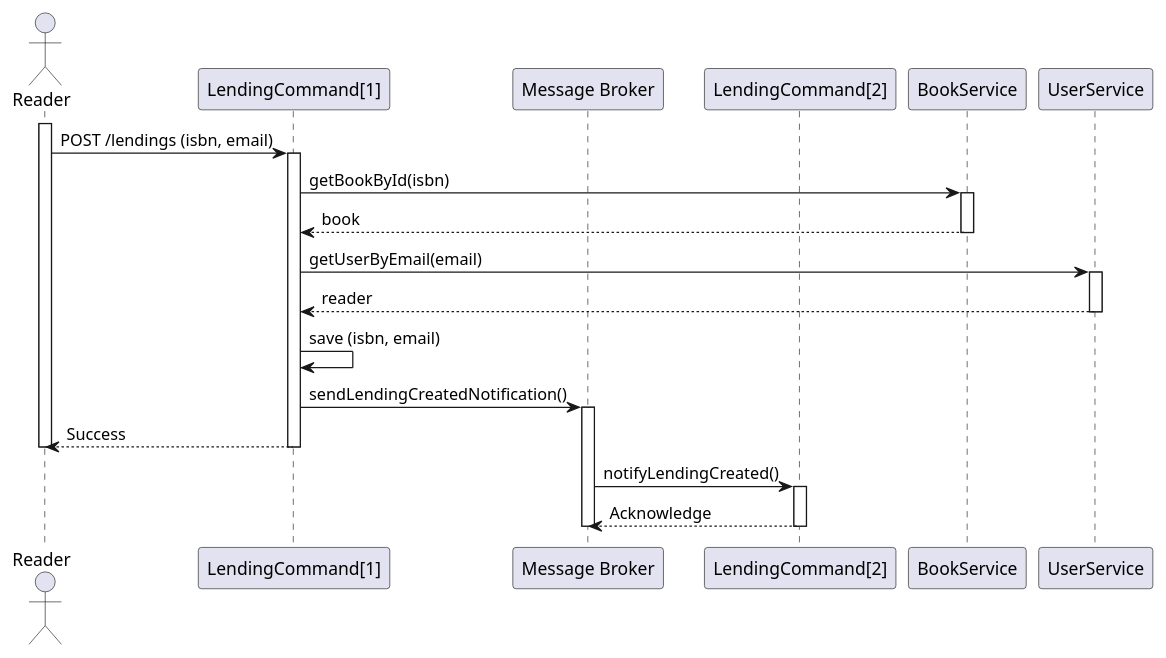
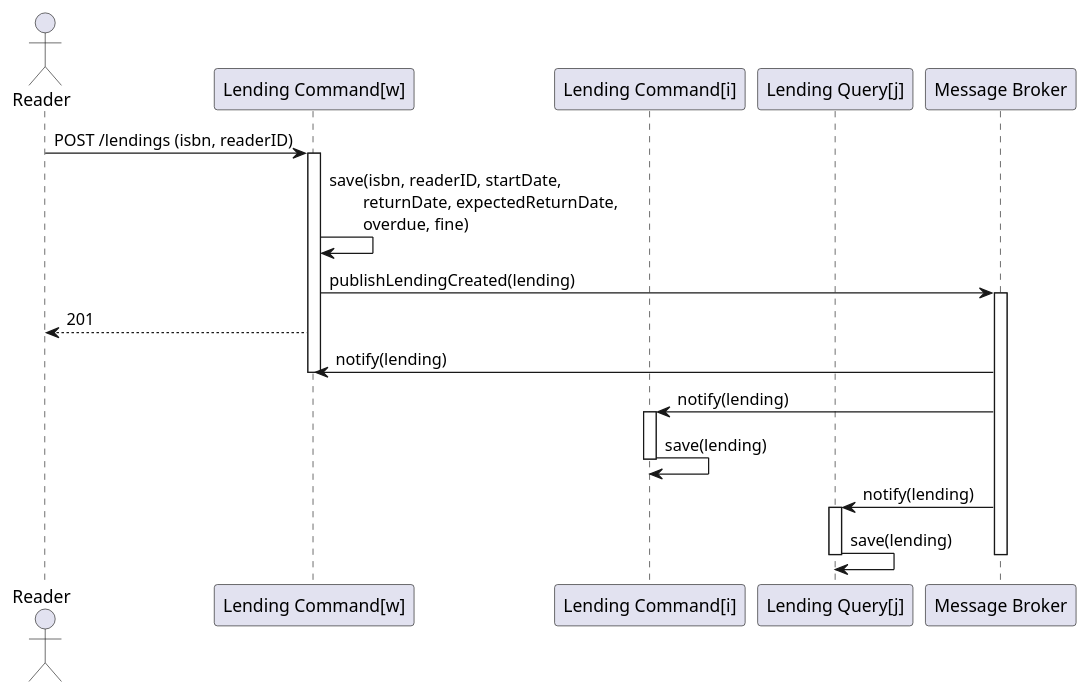
One commit to AndreFon04/sidis_2024_3DB changed the diagram in docs/Entrega2/nivel_2/VP/N2-VP_CreateLending.puml. Above: the diagram before and after it, drawn with PlantUML. The commit also changed 72 other files, not shown here.

Commit message:
Updated documentation for third iteration; Lending Command is now working and has DTOs to communicate between modules - Message Consumer works for book, reader and author creation and updating; User creation muted - was causing a loop, reader works;

```diff
--- a/docs/Entrega2/nivel_2/VP/N2-VP_CreateLending.puml
+++ b/docs/Entrega2/nivel_2/VP/N2-VP_CreateLending.puml
@@ -1,45 +1,36 @@
 @startuml
 
-actor "Reader" as R
-participant "LendingCommand[1]" as LM1
+actor "Reader" as reader
+participant "Lending Command[w]" as LMW
+participant "Lending Command[i]" as LMI
+participant "Lending Query[j]" as LQ
+
 participant "Message Broker" as MB
-participant "LendingCommand[2]" as LM2
-participant "BookService" as BM
-participant "UserService" as UM
-
-activate R
-R -> LM1 : POST /lendings (isbn, email)
-activate LM1
 
 
-LM1 -> BM :  getBookById(isbn)
-activate BM
+reader -> LMW : POST /lendings (isbn, readerID)
+activate LMW
+
+LMW -> LMW : save(isbn, readerID, startDate,\n\treturnDate, expectedReturnDate, \n\toverdue, fine)
 
 
-BM --> LM1 : book
-deactivate BM
-
-LM1 -> UM :  getUserByEmail(email)
-activate UM
-
-
-UM --> LM1 : reader
-deactivate UM
-
-LM1 -> LM1 : save (isbn, email)
-
-LM1 -> MB : sendLendingCreatedNotification()
+LMW -> MB : publishLendingCreated(lending)
 activate MB
 
-LM1 --> R : Success
-deactivate LM1
-deactivate R
-MB -> LM2 : notifyLendingCreated()
-activate LM2
+LMW --> reader : 201
+MB -> LMW : notify(lending)
+deactivate LMW
 
-LM2 --> MB : Acknowledge
-deactivate LM2
+MB -> LMI : notify(lending)
+activate LMI
+LMI -> LMI : save(lending)
+deactivate LMI
+
+MB -> LQ : notify(lending)
+activate LQ
+LQ -> LQ : save(lending)
+deactivate LQ
 
 deactivate MB
 
 @enduml
```
